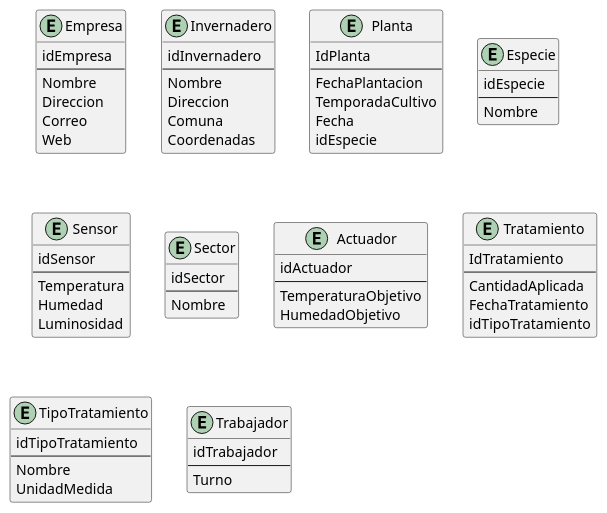
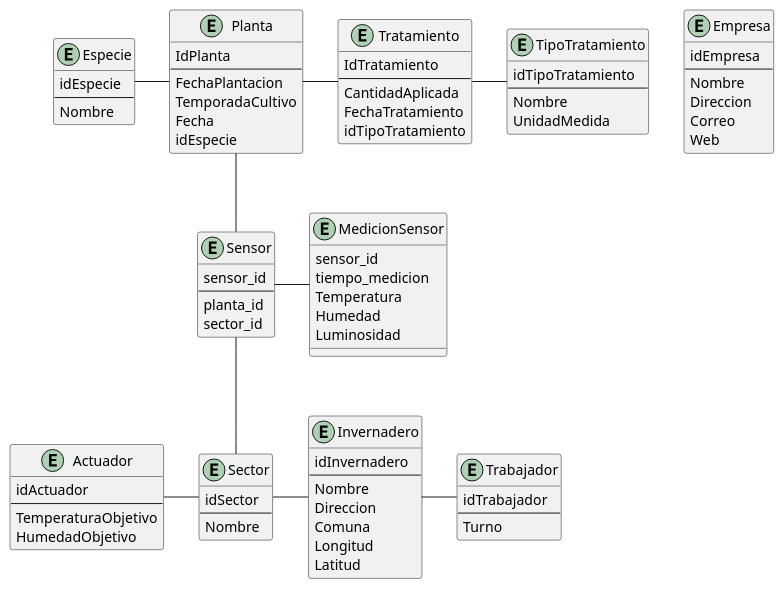
The diagram in Modulo 5/M5 Ejercicio 01/Modelo.puml (cBinimelis/Bootcamp-Python), drawn with PlantUML before and after one commit. The commit also changed 2 other files, not shown here.

```diff
--- a/Modulo 5/M5 Ejercicio 01/Modelo.puml
+++ b/Modulo 5/M5 Ejercicio 01/Modelo.puml
@@ -1,78 +1,96 @@
 @startuml Invernadero
 
 entity Empresa{
     idEmpresa
     --
     Nombre
     Direccion
     Correo
     Web
 }
 
 entity Invernadero {
     idInvernadero
     --
     Nombre
     Direccion
     Comuna
-    Coordenadas
+    Longitud
+    Latitud
 }
 
 entity Planta {
     IdPlanta
     --
     FechaPlantacion
     TemporadaCultivo
     Fecha
     idEspecie
 }
 
 entity Especie{
     idEspecie
     --
     Nombre
 }
 
 entity Sensor {
-    idSensor
+    sensor_id
     --
+    planta_id
+    sector_id
+}
+
+entity MedicionSensor {
+    sensor_id
+    tiempo_medicion
     Temperatura
     Humedad
     Luminosidad
 }
 
 entity Sector {
     idSector
     --
     Nombre
 }
 
 entity Actuador {
     idActuador
     --
     TemperaturaObjetivo
     HumedadObjetivo
 }
 
 entity Tratamiento {
     IdTratamiento
     --
     CantidadAplicada
     FechaTratamiento
     idTipoTratamiento
 }
 
 entity TipoTratamiento{
     idTipoTratamiento
     --
     Nombre
     UnidadMedida
 }
 
 entity Trabajador {
     idTrabajador
     --
     Turno
 }
 
+Planta -- Sensor
+Planta - Tratamiento
+Tratamiento - TipoTratamiento
+Especie - Planta
+Sensor - MedicionSensor
+Sensor -- Sector
+Sector-Invernadero
+Actuador - Sector
+Invernadero - Trabajador
+
 @enduml
```
